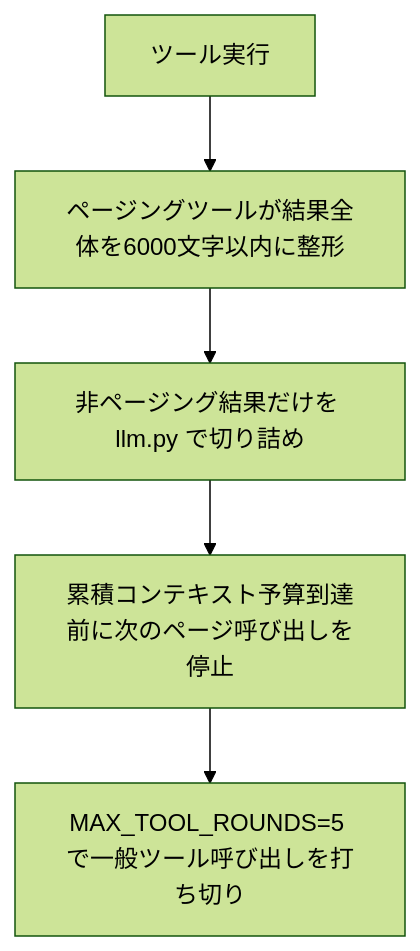
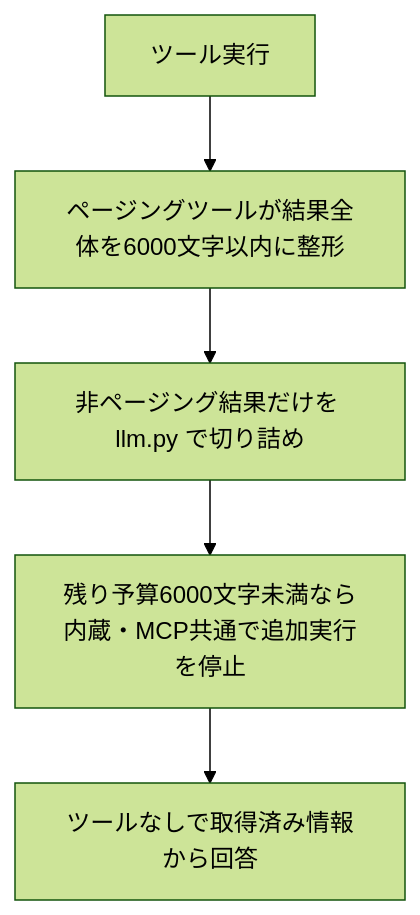
The second of 3 diagrams in docs/tools-schema.md (takashi000/ollama-web), drawn with Mermaid (forest theme) before and after one commit. The commit also changed other lines of this file and 22 other files, not shown here.

````diff
--- a/docs/tools-schema.md
+++ b/docs/tools-schema.md
@@ -270,7 +270,7 @@
 ```mermaid
 flowchart TD
     T[ツール実行] --> S1[ページングツールが結果全体を6000文字以内に整形]
     S1 --> S2[非ページング結果だけを llm.py で切り詰め]
-    S2 --> S3[累積コンテキスト予算到達前に次のページ呼び出しを停止]
-    S3 --> S4[MAX_TOOL_ROUNDS=5 で一般ツール呼び出しを打ち切り]
+    S2 --> S3[残り予算6000文字未満なら内蔵・MCP共通で追加実行を停止]
+    S3 --> S4[ツールなしで取得済み情報から回答]
 ```
````
